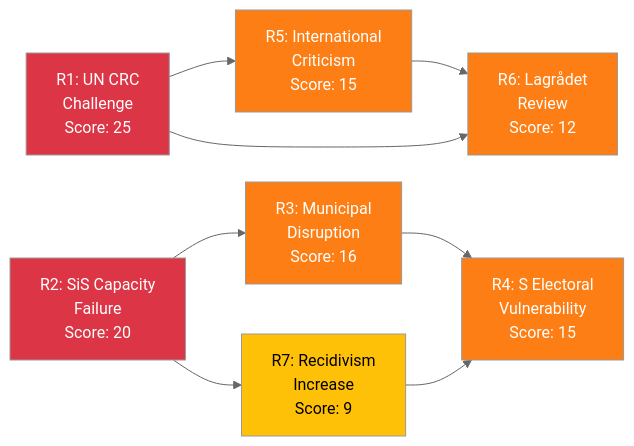
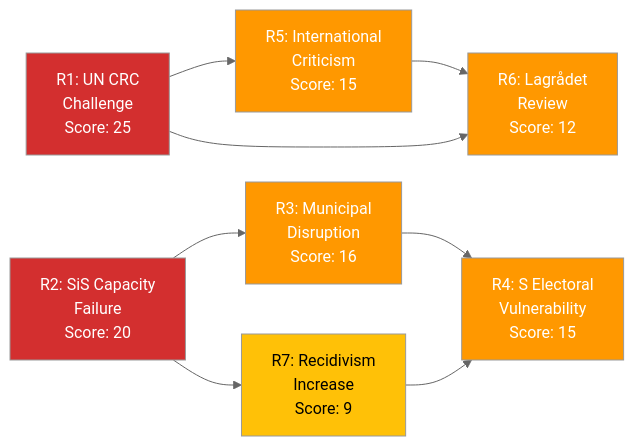
One commit to Hack23/riksdagsmonitor changed the third of 3 diagrams in analysis/daily/2026-04-16/realtime-1244/risk-assessment.md. Above: the diagram before and after it, drawn with Mermaid (neutral theme). The commit also changed other lines of this file and 785 other files, not shown here.

First line of the commit message:
Normalize mermaid colors across 786 analysis artifacts to ISMS Style Guide palette

````diff
--- a/analysis/daily/2026-04-16/realtime-1244/risk-assessment.md
+++ b/analysis/daily/2026-04-16/realtime-1244/risk-assessment.md
@@ -193,18 +193,18 @@
 ```mermaid
 graph LR
     R1["R1: UN CRC<br/>Challenge<br/>Score: 25"] --> R5["R5: International<br/>Criticism<br/>Score: 15"]
     R2["R2: SiS Capacity<br/>Failure<br/>Score: 20"] --> R3["R3: Municipal<br/>Disruption<br/>Score: 16"]
     R3 --> R4["R4: S Electoral<br/>Vulnerability<br/>Score: 15"]
     R2 --> R7["R7: Recidivism<br/>Increase<br/>Score: 9"]
     R5 --> R6["R6: Lagrådet<br/>Review<br/>Score: 12"]
     R1 --> R6
     R7 --> R4
 
-    style R1 fill:#dc3545,color:#fff
-    style R2 fill:#dc3545,color:#fff
-    style R3 fill:#fd7e14,color:#fff
-    style R4 fill:#fd7e14,color:#fff
-    style R5 fill:#fd7e14,color:#fff
-    style R6 fill:#fd7e14,color:#fff
-    style R7 fill:#ffc107,color:#000
+    style R1 fill:#D32F2F,color:#FFFFFF
+    style R2 fill:#D32F2F,color:#FFFFFF
+    style R3 fill:#FF9800,color:#FFFFFF
+    style R4 fill:#FF9800,color:#FFFFFF
+    style R5 fill:#FF9800,color:#FFFFFF
+    style R6 fill:#FF9800,color:#FFFFFF
+    style R7 fill:#FFC107,color:#000000
 ```
````
